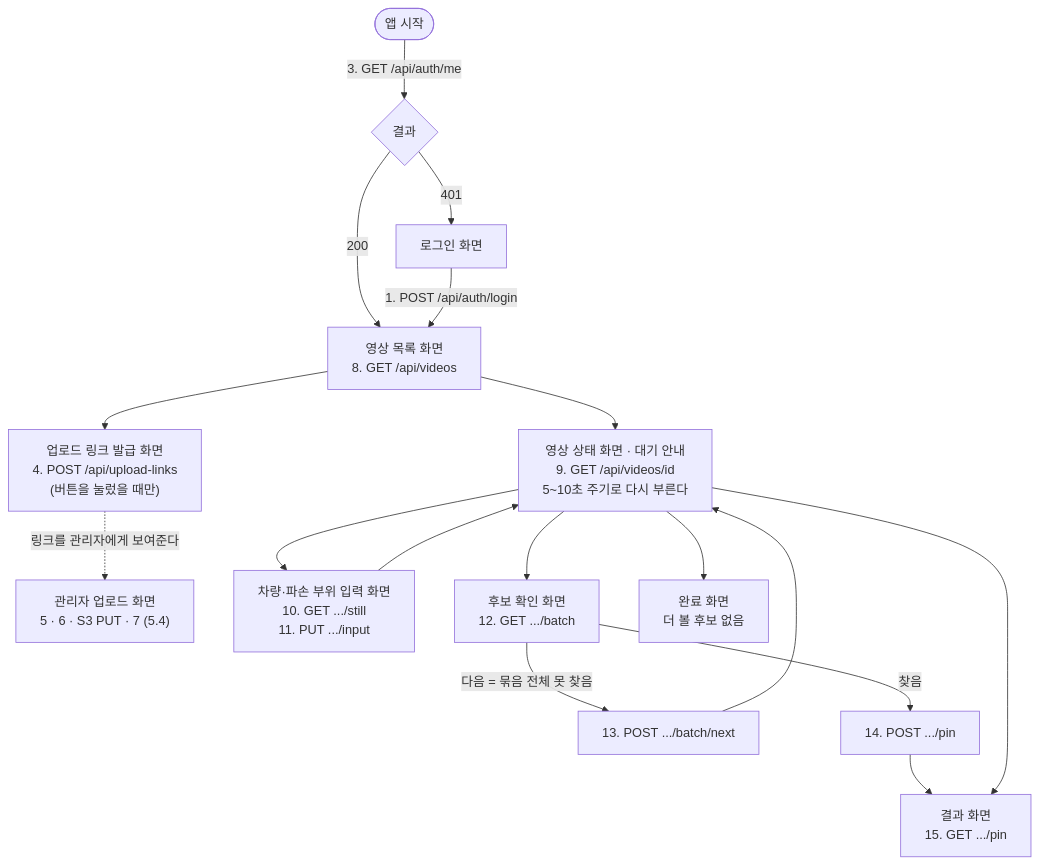
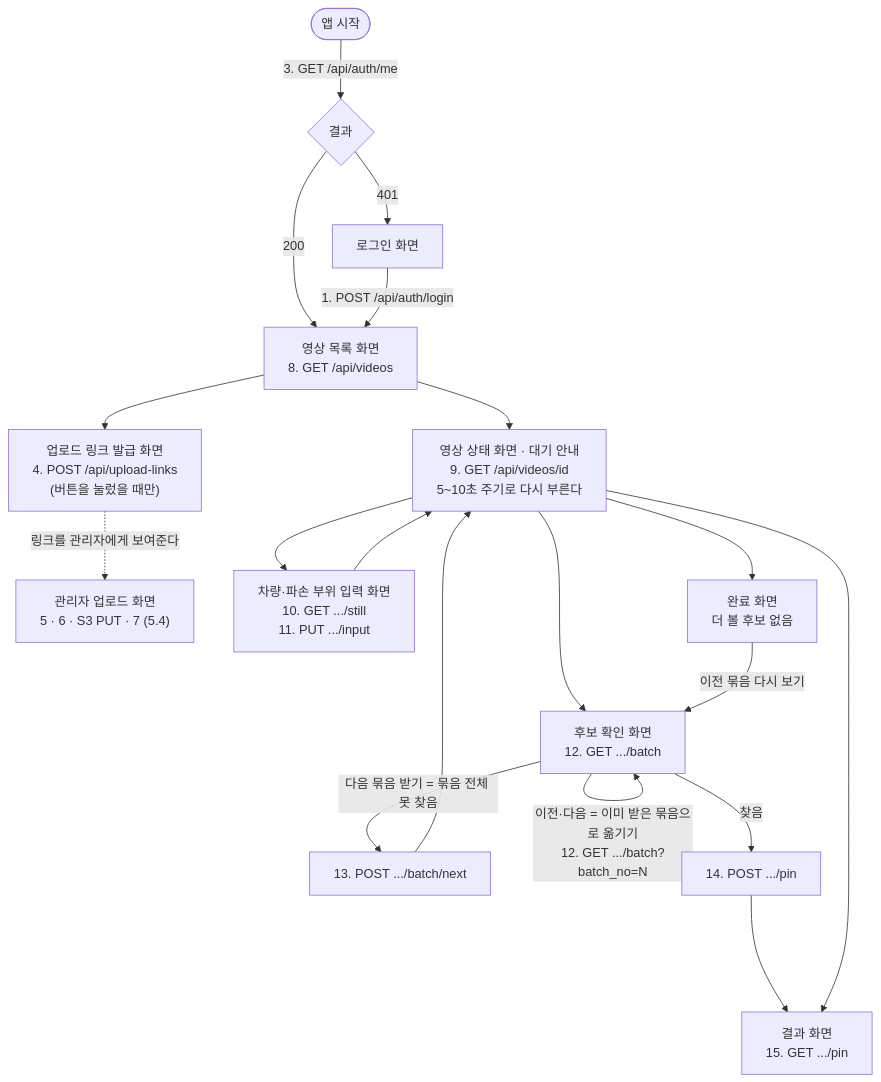
Before and after one commit to lG1l/parking_lot_detection: the first of 2 diagrams in docs/design/05-api.md, drawn with Mermaid. The commit also changed other lines of this file and 11 other files, not shown here.

````diff
--- a/docs/design/05-api.md
+++ b/docs/design/05-api.md
@@ -841,21 +1001,23 @@
 ```mermaid
 flowchart TD
   START(["앱 시작"]) -->|"3. GET /api/auth/me"| CHK{"결과"}
   CHK -->|"401"| LOGIN["로그인 화면"]
   CHK -->|"200"| LIST
   LOGIN -->|"1. POST /api/auth/login"| LIST["영상 목록 화면<br/>8. GET /api/videos"]
 
   LIST --> LINK["업로드 링크 발급 화면<br/>4. POST /api/upload-links<br/>(버튼을 눌렀을 때만)"]
   LINK -.->|"링크를 관리자에게 보여준다"| ADMIN["관리자 업로드 화면<br/>5 · 6 · S3 PUT · 7 (5.4)"]
 
   LIST --> DETAIL["영상 상태 화면 · 대기 안내<br/>9. GET /api/videos/id<br/>5~10초 주기로 다시 부른다"]
   DETAIL --> INPUT["차량·파손 부위 입력 화면<br/>10. GET .../still<br/>11. PUT .../input"]
   INPUT --> DETAIL
   DETAIL --> BATCH["후보 확인 화면<br/>12. GET .../batch"]
-  BATCH -->|"다음 = 묶음 전체 못 찾음"| NEXT["13. POST .../batch/next"]
+  BATCH -->|"이전·다음 = 이미 받은 묶음으로 옮기기<br/>12. GET .../batch?batch_no=N"| BATCH
+  BATCH -->|"다음 묶음 받기 = 묶음 전체 못 찾음"| NEXT["13. POST .../batch/next"]
   NEXT --> DETAIL
   BATCH -->|"찾음"| PIN["14. POST .../pin"]
   PIN --> RES["결과 화면<br/>15. GET .../pin"]
   DETAIL --> RES
   DETAIL --> DONE["완료 화면<br/>더 볼 후보 없음"]
+  DONE -->|"이전 묶음 다시 보기"| BATCH
 ```
````
